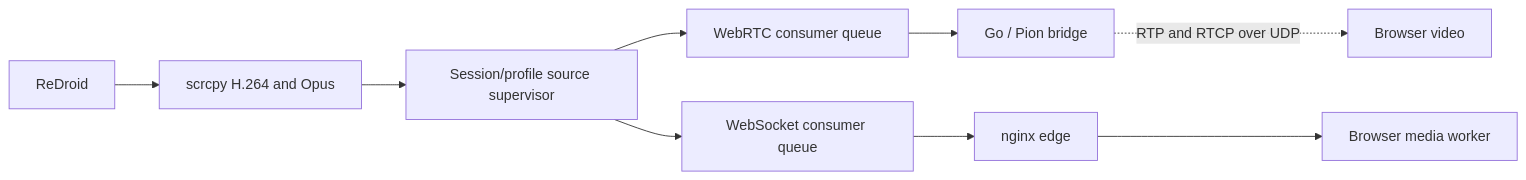
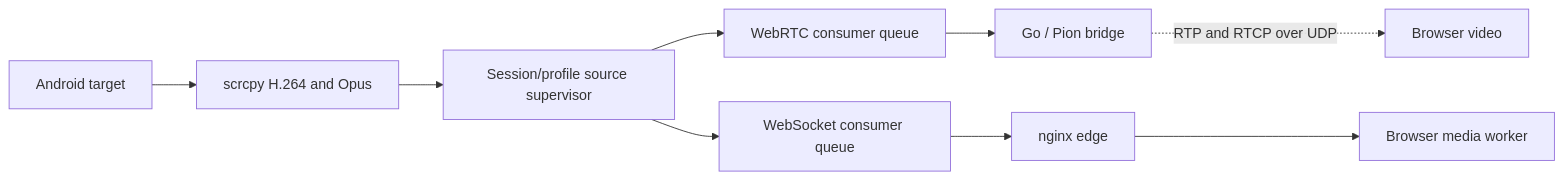
One commit to maeek/rebroid changed the diagram in docs/display-streaming.md. Above: the diagram before and after it, drawn with Mermaid. The commit also changed other lines of this file and 14 other files, not shown here.

````diff
--- a/docs/display-streaming.md
+++ b/docs/display-streaming.md
@@ -9,11 +9,11 @@
 ```mermaid
 flowchart LR
-  Android["ReDroid"] --> Scrcpy["scrcpy H.264 and Opus"]
+  Android["Android target"] --> Scrcpy["scrcpy H.264 and Opus"]
   Scrcpy --> Source["Session/profile source supervisor"]
   Source --> RTC["WebRTC consumer queue"]
   Source --> WS["WebSocket consumer queue"]
   RTC --> Pion["Go / Pion bridge"]
   Pion -.->|RTP and RTCP over UDP| Browser["Browser video"]
   WS --> Edge["nginx edge"]
   Edge --> Worker["Browser media worker"]
 ```
````
